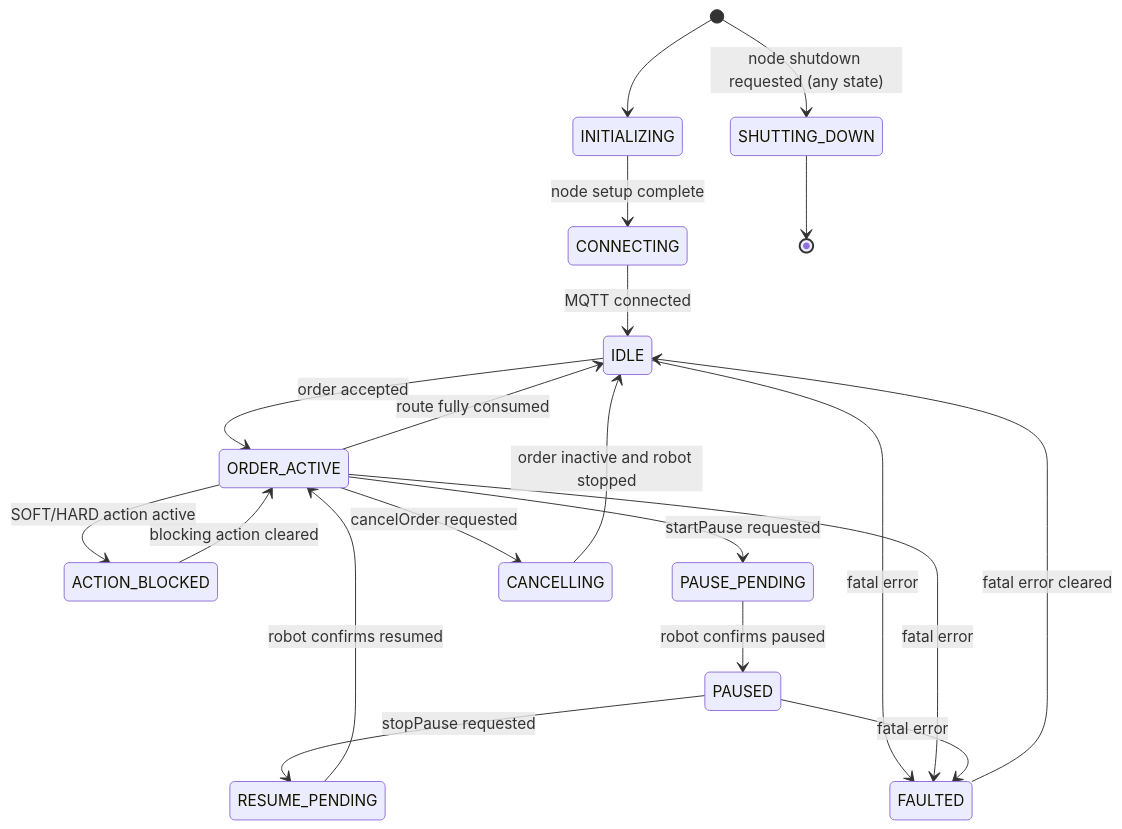
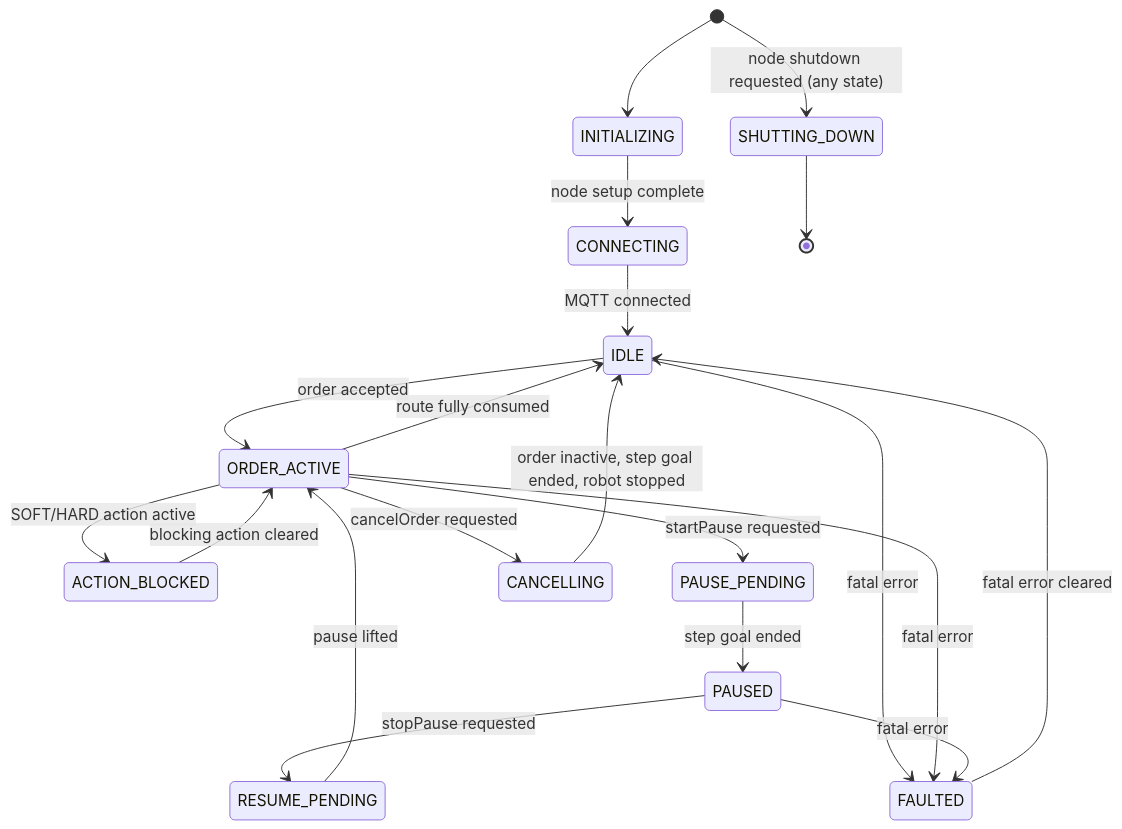
One commit to NhatTran-97/eiu-vda5050-support-open-rmf changed the third of 7 diagrams in vda5050_client_adapter/docs/architecture.md. Above: the diagram before and after it, drawn with Mermaid. The commit also changed other lines of this file and 21 other files, not shown here.

````diff
--- a/vda5050_client_adapter/docs/architecture.md
+++ b/vda5050_client_adapter/docs/architecture.md
@@ -98,22 +96,22 @@
 ```mermaid
 stateDiagram-v2
     [*] --> INITIALIZING
     INITIALIZING --> CONNECTING: node setup complete
     CONNECTING --> IDLE: MQTT connected
     IDLE --> ORDER_ACTIVE: order accepted
     ORDER_ACTIVE --> ACTION_BLOCKED: SOFT/HARD action active
     ACTION_BLOCKED --> ORDER_ACTIVE: blocking action cleared
     ORDER_ACTIVE --> PAUSE_PENDING: startPause requested
-    PAUSE_PENDING --> PAUSED: robot confirms paused
+    PAUSE_PENDING --> PAUSED: step goal ended
     PAUSED --> RESUME_PENDING: stopPause requested
-    RESUME_PENDING --> ORDER_ACTIVE: robot confirms resumed
+    RESUME_PENDING --> ORDER_ACTIVE: pause lifted
     ORDER_ACTIVE --> CANCELLING: cancelOrder requested
-    CANCELLING --> IDLE: order inactive and robot stopped
+    CANCELLING --> IDLE: order inactive, step goal ended, robot stopped
     ORDER_ACTIVE --> IDLE: route fully consumed
     IDLE --> FAULTED: fatal error
     ORDER_ACTIVE --> FAULTED: fatal error
     PAUSED --> FAULTED: fatal error
     FAULTED --> IDLE: fatal error cleared
     [*] --> SHUTTING_DOWN: node shutdown requested (any state)
     SHUTTING_DOWN --> [*]
 ```
````
